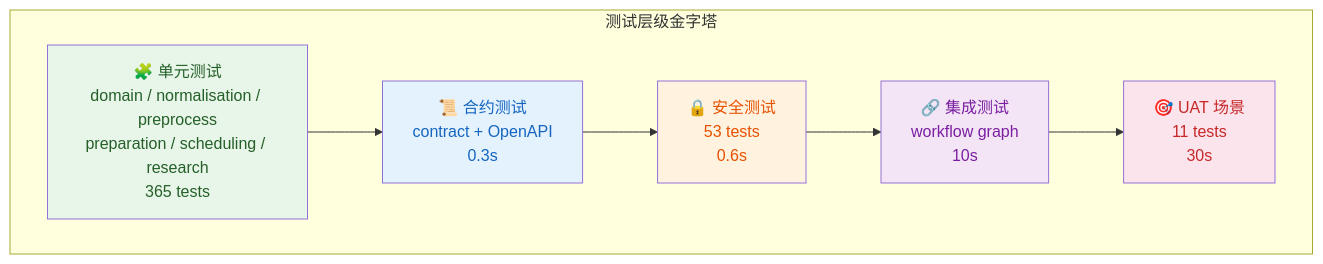
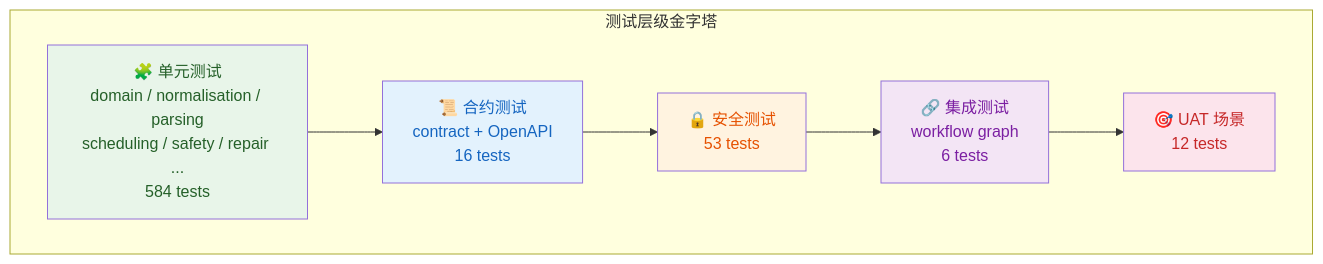
One commit to foodmind-team/foodmind-intelligence changed the first of 10 diagrams in agent-service/app/agents/cooking/tests/TESTING_REPORT.md. Above: the diagram before and after it, drawn with Mermaid. The commit also changed other lines of this file and 49 other files, not shown here.

````diff
--- a/agent-service/app/agents/cooking/tests/TESTING_REPORT.md
+++ b/agent-service/app/agents/cooking/tests/TESTING_REPORT.md
@@ -11,20 +11,20 @@
 ```mermaid
 flowchart TD
     subgraph "测试层级金字塔"
-        UAT["🎯 UAT 场景<br/>11 tests<br/>30s"]
-        INT["🔗 集成测试<br/>workflow graph<br/>10s"]
-        SEC["🔒 安全测试<br/>53 tests<br/>0.6s"]
-        CON["📜 合约测试<br/>contract + OpenAPI<br/>0.3s"]
-        UNIT["🧩 单元测试<br/>domain / normalisation / preprocess<br/>preparation / scheduling / research<br/>365 tests"]
+        UAT["🎯 UAT 场景<br/>12 tests"]
+        INT["🔗 集成测试<br/>workflow graph<br/>6 tests"]
+        SEC["🔒 安全测试<br/>53 tests"]
+        CON["📜 合约测试<br/>contract + OpenAPI<br/>16 tests"]
+        UNIT["🧩 单元测试<br/>domain / normalisation / parsing<br/>scheduling / safety / repair ...<br/>584 tests"]
     end
     UNIT --> CON
     CON --> SEC
     SEC --> INT
     INT --> UAT
 
     style UNIT fill:#e8f5e9,color:#256029
     style CON fill:#e3f2fd,color:#1565c0
     style SEC fill:#fff3e0,color:#e65100
     style INT fill:#f3e5f5,color:#7b1fa2
     style UAT fill:#fce4ec,color:#c62828
 ```
````
